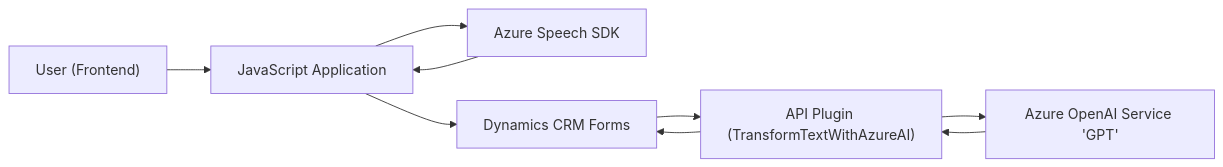
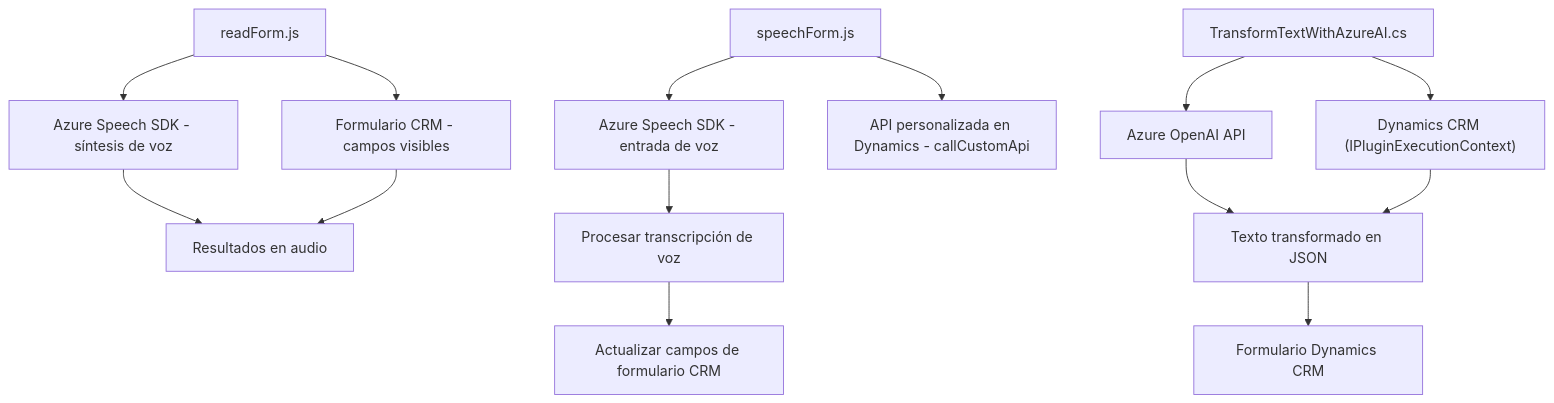
Before and after one commit to blopezdm/NETCORE_BILBAO2025: the diagram in README.md, drawn with Mermaid. The commit also changed other lines of this file, not shown here.

Commit message:
Actualizar análisis global de la solución con IA

````diff
--- a/README.md
+++ b/README.md
@@ -38,11 +63,18 @@
 ```mermaid
-graph LR
-    A["User (Frontend)"] --> B["JavaScript Application"]
-    B --> C["Azure Speech SDK"]
-    B --> D["Dynamics CRM Forms"]
-    D --> E["API Plugin (TransformTextWithAzureAI)"]
-    E --> F["Azure OpenAI Service 'GPT'"]
-    F --> E
-    E --> D
-    C --> B
+graph TD
+A["readForm.js"] --> B["Azure Speech SDK - síntesis de voz"]
+A --> C["Formulario CRM - campos visibles"]
+B --> D["Resultados en audio"]
+C --> D
+
+E["speechForm.js"] --> F["Azure Speech SDK - entrada de voz"]
+F --> G["Procesar transcripción de voz"]
+E --> H["API personalizada en Dynamics - callCustomApi"]
+G --> I["Actualizar campos de formulario CRM"]
+
+J["TransformTextWithAzureAI.cs"] --> K["Azure OpenAI API"]
+J --> L["Dynamics CRM (IPluginExecutionContext)"]
+K --> M["Texto transformado en JSON"]
+L --> M
+M --> N["Formulario Dynamics CRM"]
 ```
````
